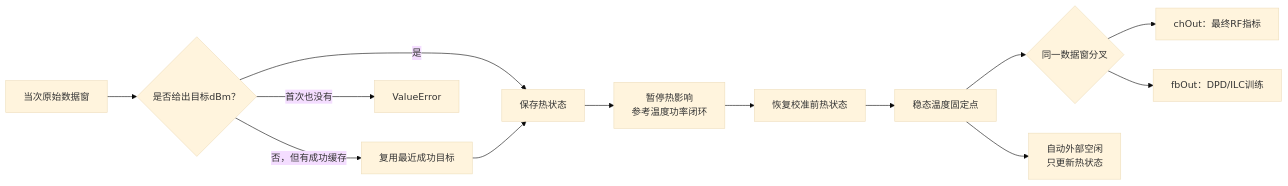
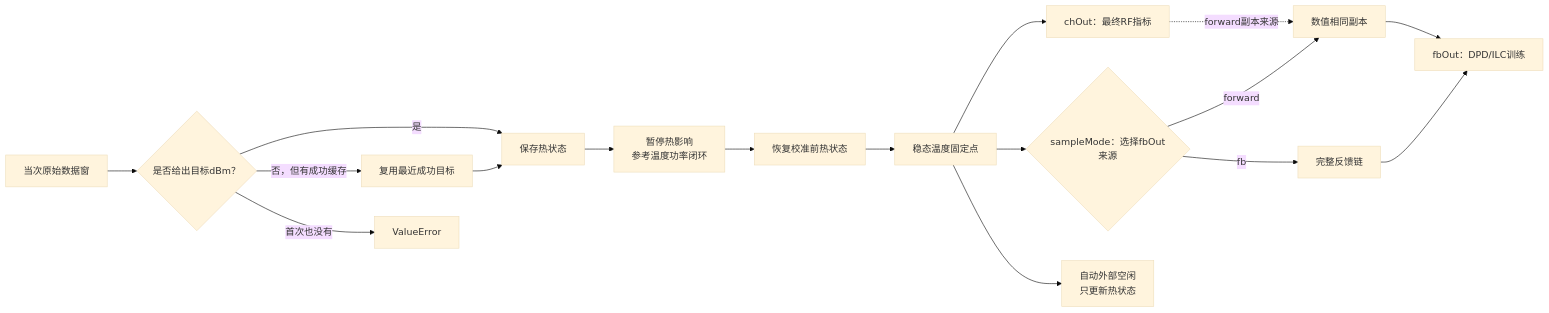
One commit to niyilu45/DPD_ILC changed the ninth of 9 diagrams in doc/Channel.md. Above: the diagram before and after it, drawn with Mermaid (base theme). The commit also changed other lines of this file and 16 other files, not shown here.

Commit message:
Align forward channel and feedback outputs

````diff
--- a/doc/Channel.md
+++ b/doc/Channel.md
@@ -2688,15 +2713,19 @@
 ```mermaid
 flowchart LR
     raw["当次原始数据窗"] --> target{"是否给出目标dBm？"}
     target -->|"是"| snapshot["保存热状态"]
     target -->|"否，但有成功缓存"| cached["复用最近成功目标"]
     target -->|"首次也没有"| error["ValueError"]
     cached --> snapshot
     snapshot --> calibrate["暂停热影响<br/>参考温度功率闭环"]
     calibrate --> restore["恢复校准前热状态"]
     restore --> solve["稳态温度固定点"]
-    solve --> branch{"同一数据窗分叉"}
-    branch --> channelOutput["chOut：最终RF指标"]
-    branch --> feedbackOutput["fbOut：DPD/ILC训练"]
+    solve --> channelOutput["chOut：最终RF指标"]
+    solve --> sampleMode{"sampleMode：选择fbOut来源"}
+    sampleMode -->|forward| forwardCopy["数值相同副本"]
+    sampleMode -->|fb| feedbackChain["完整反馈链"]
+    channelOutput -. "forward副本来源" .-> forwardCopy
+    forwardCopy --> feedbackOutput["fbOut：DPD/ILC训练"]
+    feedbackChain --> feedbackOutput
     solve --> idle["自动外部空闲<br/>只更新热状态"]
 ```
````
